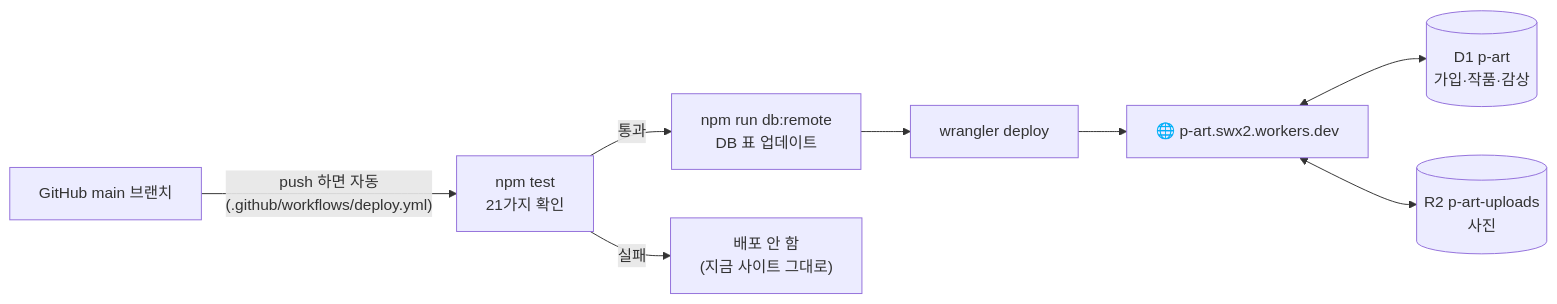
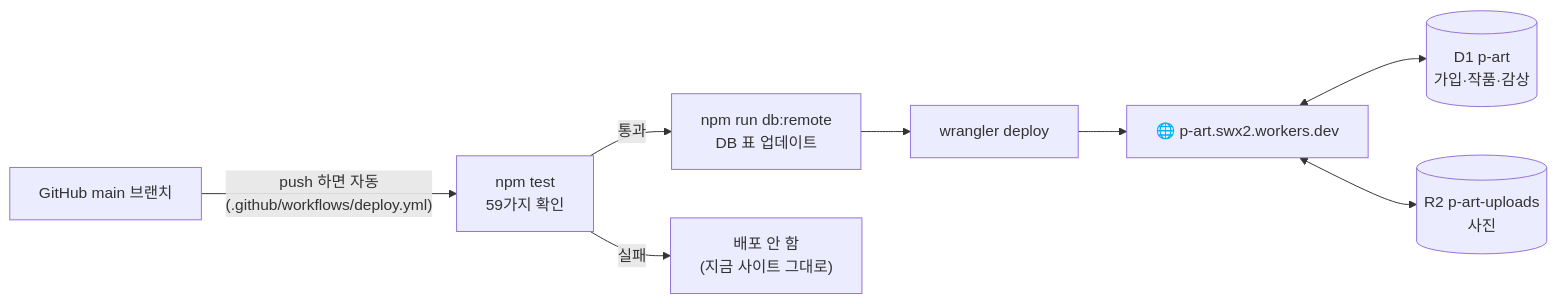
The diagram in docs/DEPLOY.md (10x4hs/p-art), drawn with Mermaid before and after one commit. The commit also changed other lines of this file and 5 other files, not shown here.

````diff
--- a/docs/DEPLOY.md
+++ b/docs/DEPLOY.md
@@ -15,10 +15,10 @@
 ```mermaid
 flowchart LR
-  GH["GitHub main 브랜치"] -- "push 하면 자동<br/>(.github/workflows/deploy.yml)" --> T["npm test<br/>21가지 확인"]
+  GH["GitHub main 브랜치"] -- "push 하면 자동<br/>(.github/workflows/deploy.yml)" --> T["npm test<br/>59가지 확인"]
   T -- 통과 --> MIG["npm run db:remote<br/>DB 표 업데이트"]
   MIG --> DEP["wrangler deploy"]
   DEP --> LIVE["🌐 p-art.swx2.workers.dev"]
   LIVE <--> D1[("D1 p-art<br/>가입·작품·감상")]
   LIVE <--> R2[("R2 p-art-uploads<br/>사진")]
   T -- 실패 --> STOP["배포 안 함<br/>(지금 사이트 그대로)"]
 ```
````
